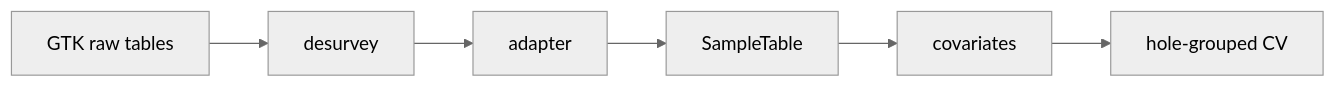
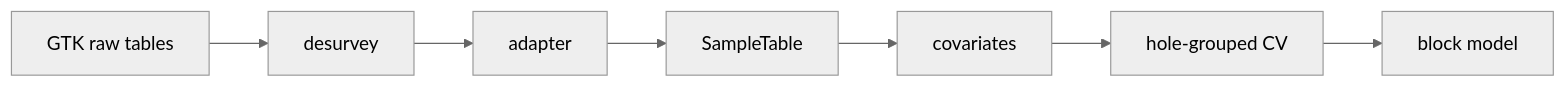
One commit to hayrunnisayildiz/SmartPrior changed the diagram in README.md. Above: the diagram before and after it, drawn with Mermaid (neutral theme). The commit also changed other lines of this file and 10 other files, not shown here.

````diff
--- a/README.md
+++ b/README.md
@@ -23,8 +28,9 @@
 ```mermaid
 flowchart LR
   gtk["GTK raw tables"] --> desurvey["desurvey"]
   desurvey --> adapter["adapter"]
   adapter --> samples["SampleTable"]
   samples --> cov["covariates"]
   cov --> cv["hole-grouped CV"]
+  cv --> bm["block model"]
 ```
````
